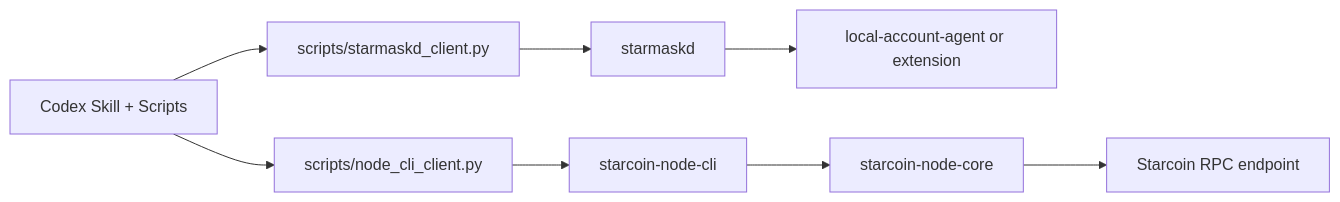
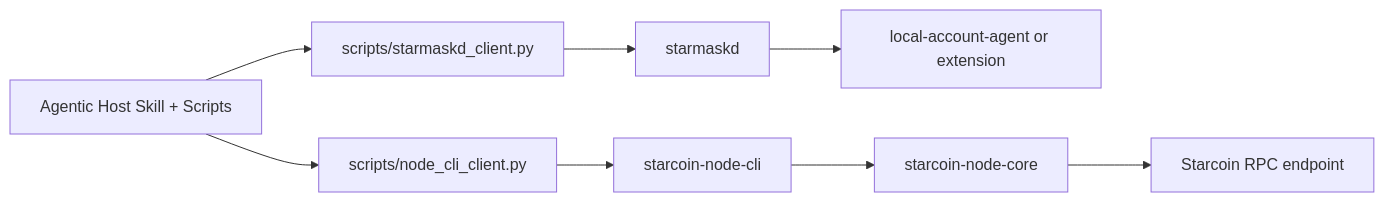
One commit to starcoinorg/starcoin-mcp changed the diagram in plugins/starcoin-transfer-workflow/README.md. Above: the diagram before and after it, drawn with Mermaid. The commit also changed other lines of this file and 28 other files, not shown here.

````diff
--- a/plugins/starcoin-transfer-workflow/README.md
+++ b/plugins/starcoin-transfer-workflow/README.md
@@ -21,10 +21,10 @@
 ```mermaid
 flowchart LR
-    H["Codex Skill + Scripts"] --> W["scripts/starmaskd_client.py"]
+    H["Agentic Host Skill + Scripts"] --> W["scripts/starmaskd_client.py"]
     H --> N["scripts/node_cli_client.py"]
     W --> D["starmaskd"]
     D --> A["local-account-agent or extension"]
     N --> C["starcoin-node-cli"]
     C --> R["starcoin-node-core"]
     R --> X["Starcoin RPC endpoint"]
 ```
````
